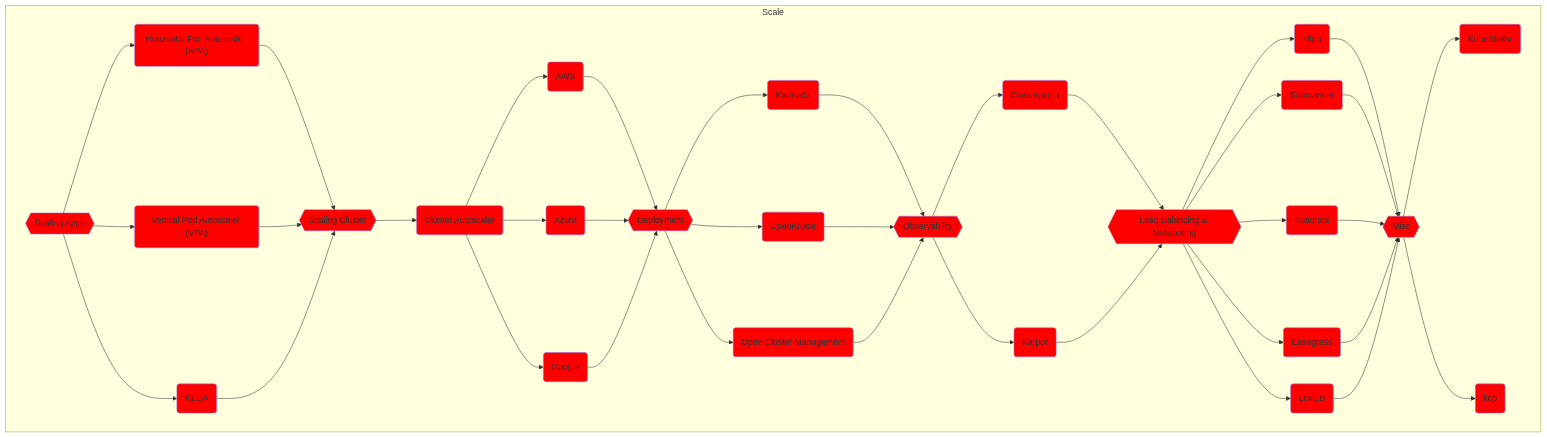
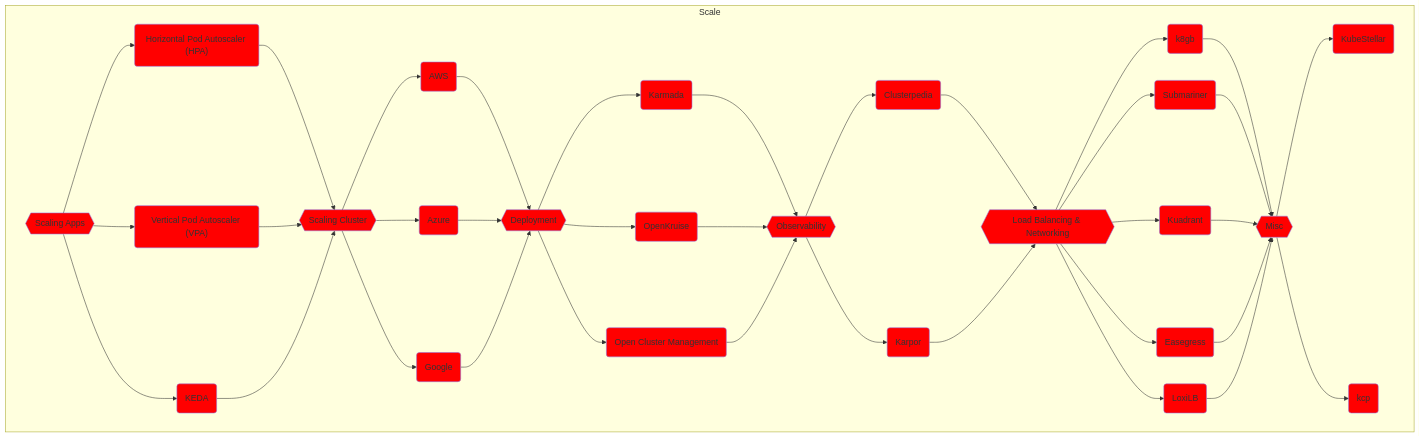
One commit to vfarcic/cncf-demo changed the seventh of 11 diagrams in solution.md. Above: the diagram before and after it, drawn with Mermaid.

````diff
--- a/solution.md
+++ b/solution.md
@@ -870,82 +870,80 @@
 ```mermaid
 flowchart TD
 
     subgraph Scale
 
         %% -------------
         %% -- Scaling --
         %% -------------
         scaling{{Scaling Apps}}
         style scaling fill:red
         hpa("Horizontal Pod Autoscaler (HPA)")
         style hpa fill:red
         vpa("Vertical Pod Autoscaler (VPA)")
         style vpa fill:red
         keda(KEDA)
         style keda fill:red
         scaling-cluster{{Scaling Cluster}}
         style scaling-cluster fill:red
-        cluster-autoscaler("Cluster Autoscaler")
-        style cluster-autoscaler fill:red
         cluster-autoscaler-aws(AWS)
         style cluster-autoscaler-aws fill:red
         cluster-autoscaler-azure(Azure)
         style cluster-autoscaler-azure fill:red
         cluster-autoscaler-google(Google)
         style cluster-autoscaler-google fill:red
-        scaling --> hpa & vpa & keda --> scaling-cluster --> cluster-autoscaler --> cluster-autoscaler-aws & cluster-autoscaler-azure & cluster-autoscaler-google --> deployment-mc
+        scaling --> hpa & vpa & keda --> scaling-cluster --> cluster-autoscaler-aws & cluster-autoscaler-azure & cluster-autoscaler-google --> deployment-mc
 
         %% ------------------------------
         %% -- Multi-Cluster Deployment --
         %% ------------------------------
         deployment-mc{{Deployment}}
         style deployment-mc fill:red
         deployment-mc-karmada(Karmada)
         style deployment-mc-karmada fill:red
         open-kruise(OpenKruise)
         style open-kruise fill:red
         ocm(Open Cluster Management)
         style ocm fill:red
         deployment-mc --> deployment-mc-karmada & open-kruise & ocm --> observability
 
         %% -------------------
         %% -- Observability --
         %% -------------------
         observability{{Observability}}
         style observability fill:red
         clusterpedia(Clusterpedia)
         style clusterpedia fill:red
         karpor(Karpor)
         style karpor fill:red
         observability --> clusterpedia & karpor --> lb-mc
 
         %% ---------------------------------
         %% -- Load Balancing & Networking --
         %% ---------------------------------
         lb-mc{{Load Balancing & Networking}}
         style lb-mc fill:red
         lb-mc-k8gb(k8gb)
         style lb-mc-k8gb fill:red
         lb-mc-submariner(Submariner)
         style lb-mc-submariner fill:red
         kuadrant(Kuadrant)
         style kuadrant fill:red
         easegress(Easegress)
         style easegress fill:red
         loxi-lb(LoxiLB)
         style loxi-lb fill:red
         lb-mc --> lb-mc-k8gb & lb-mc-submariner & kuadrant & easegress & loxi-lb --> misc
 
         %% ----------
         %% -- Misc --
         %% ----------
         misc{{Misc}}
         style misc fill:red
         kube-stellar(KubeStellar)
         style kube-stellar fill:red
         kcp(kcp)
         style kcp fill:red
         misc --> kube-stellar & kcp
 
     end
 ```
````
